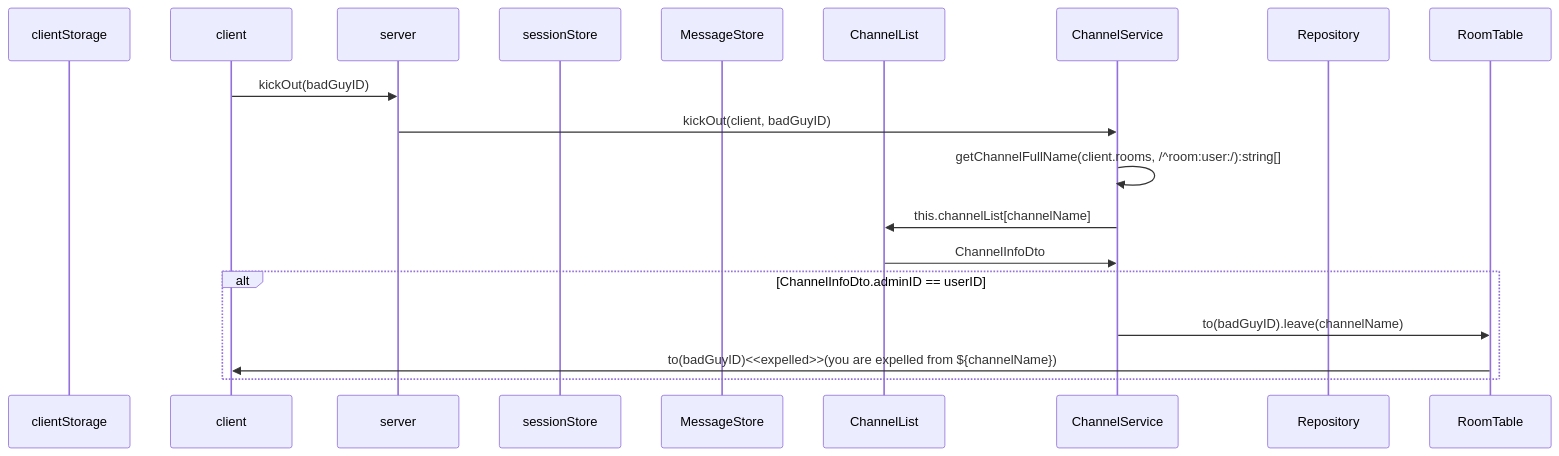
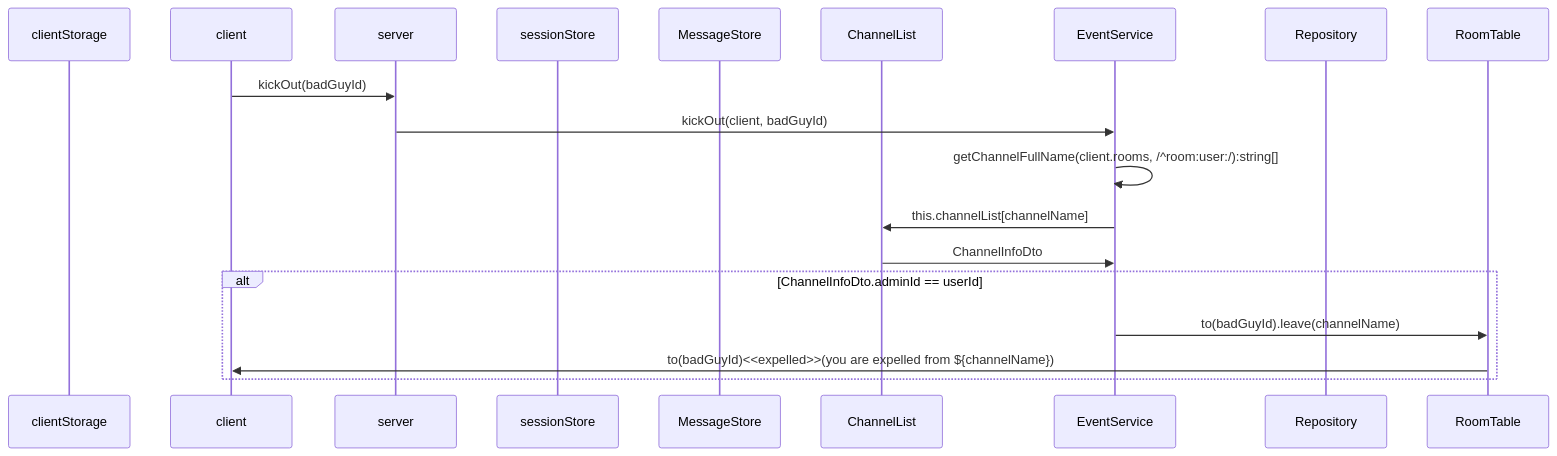
Before and after one commit to mtak0235/simmons_transcendence: diagram 11 of 19 in backend/node/app/event.md, drawn with Mermaid. The commit also changed other lines of this file and 1 other file, not shown here.

````diff
--- a/backend/node/app/event.md
+++ b/backend/node/app/event.md
@@ -290,22 +267,22 @@
 ```mermaid
 sequenceDiagram
 participant cls as clientStorage
 participant c as client
 participant ga as server
 participant ss as sessionStore
 participant ms as MessageStore
 participant cns as ChannelList
-participant cs as ChannelService
+participant cs as EventService
 participant r as Repository
 participant rt as RoomTable
 
-c->>ga: kickOut(badGuyID)
-ga->>cs: kickOut(client, badGuyID)
+c->>ga: kickOut(badGuyId)
+ga->>cs: kickOut(client, badGuyId)
 cs->>cs: getChannelFullName(client.rooms, /^room:user:/):string[]
 cs->>cns: this.channelList[channelName]
 cns->>cs: ChannelInfoDto
-alt ChannelInfoDto.adminID == userID
-cs->>rt: to(badGuyID).leave(channelName)
-rt->>c: to(badGuyID)<<expelled>>(you are expelled from ${channelName})
+alt ChannelInfoDto.adminId == userId
+cs->>rt: to(badGuyId).leave(channelName)
+rt->>c: to(badGuyId)<<expelled>>(you are expelled from ${channelName})
 end
 ```
````
